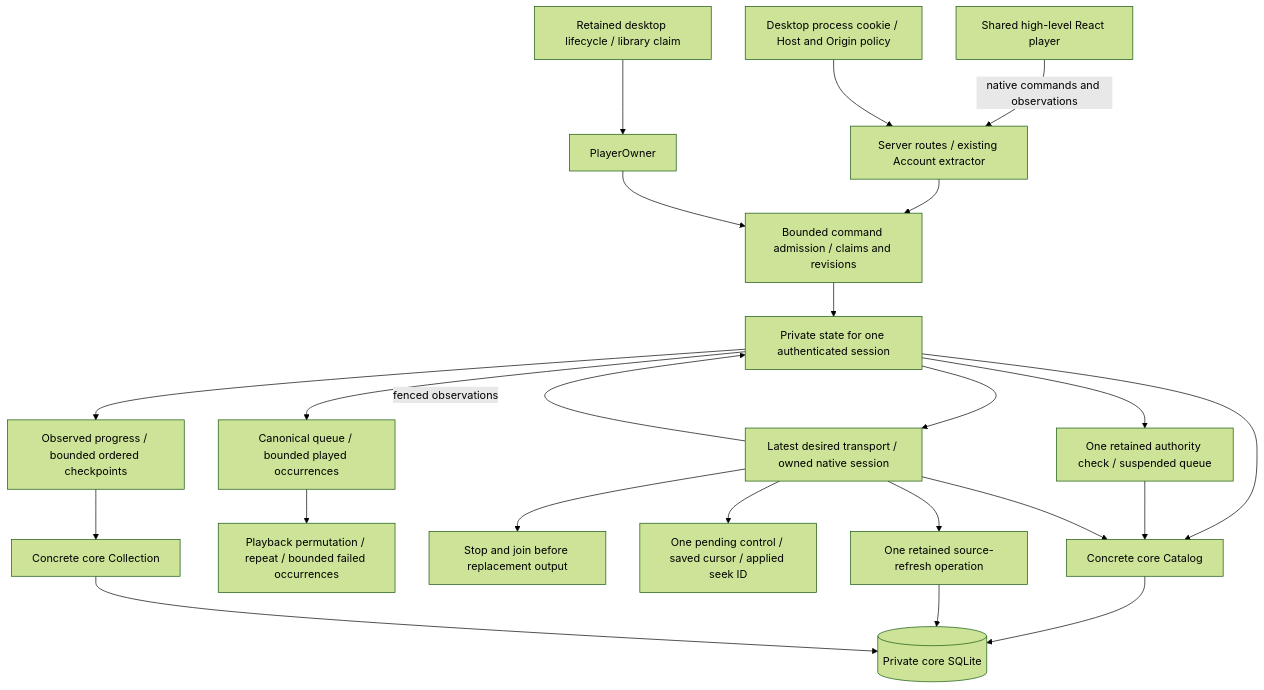
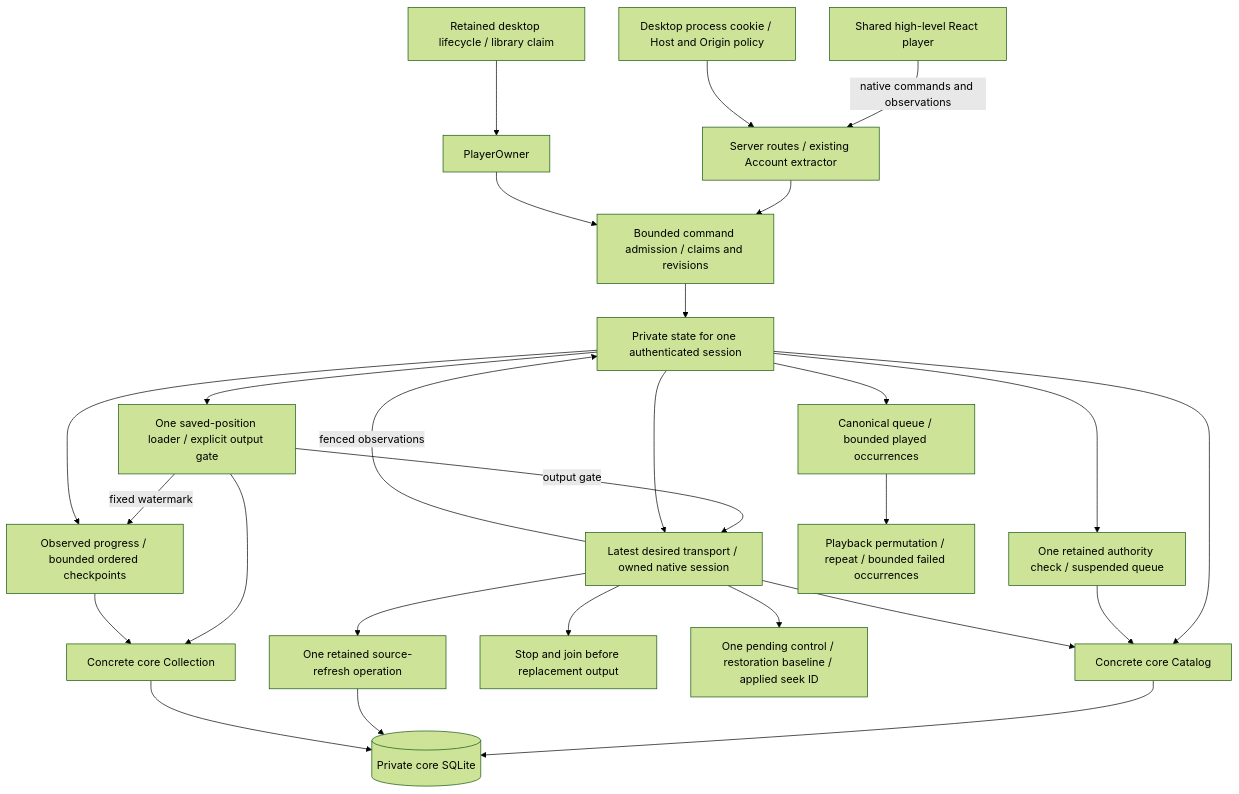
Before and after one commit to acidiney/hitoapp: the first of 4 diagrams in docs/native-coordinator.md, drawn with Mermaid (forest theme). The commit also changed other lines of this file and 1 other file, not shown here.

Commit message:
Document explicit saved playback loading and ownership

````diff
--- a/docs/native-coordinator.md
+++ b/docs/native-coordinator.md
@@ -9,25 +9,29 @@
 ```mermaid
 flowchart TB
   UI[Shared high-level React player] -->|native commands and observations| HTTP[Server routes / existing Account extractor]
   Access[Desktop process cookie / Host and Origin policy] --> HTTP
   HTTP --> Admission[Bounded command admission / claims and revisions]
   Host[Retained desktop lifecycle / library claim] --> Owner[PlayerOwner]
   Owner --> Admission
   Admission --> State[Private state for one authenticated session]
   State --> Catalog[Concrete core Catalog]
   State --> Authority[One retained authority check / suspended queue]
   Authority --> Catalog
-  State --> Native[Latest desired transport / owned native session]
+  State --> Saved[One saved-position loader / explicit output gate]
+  Saved --> Collection
+  Saved -->|fixed watermark| Progress
+  Saved -->|output gate| Native[Latest desired transport / owned native session]
+  State --> Native
   State --> History[Canonical queue / bounded played occurrences]
   History --> Traversal[Playback permutation / repeat / bounded failed occurrences]
   Native -->|fenced observations| State
   Native --> Catalog
   Native --> Join[Stop and join before replacement output]
-  Native --> Controls[One pending control / saved cursor / applied seek ID]
+  Native --> Controls[One pending control / restoration baseline / applied seek ID]
   Native --> Refresh[One retained source-refresh operation]
   State --> Progress[Observed progress / bounded ordered checkpoints]
   Progress --> Collection[Concrete core Collection]
   Catalog --> DB[(Private core SQLite)]
   Refresh --> DB
   Collection --> DB
 ```
````
